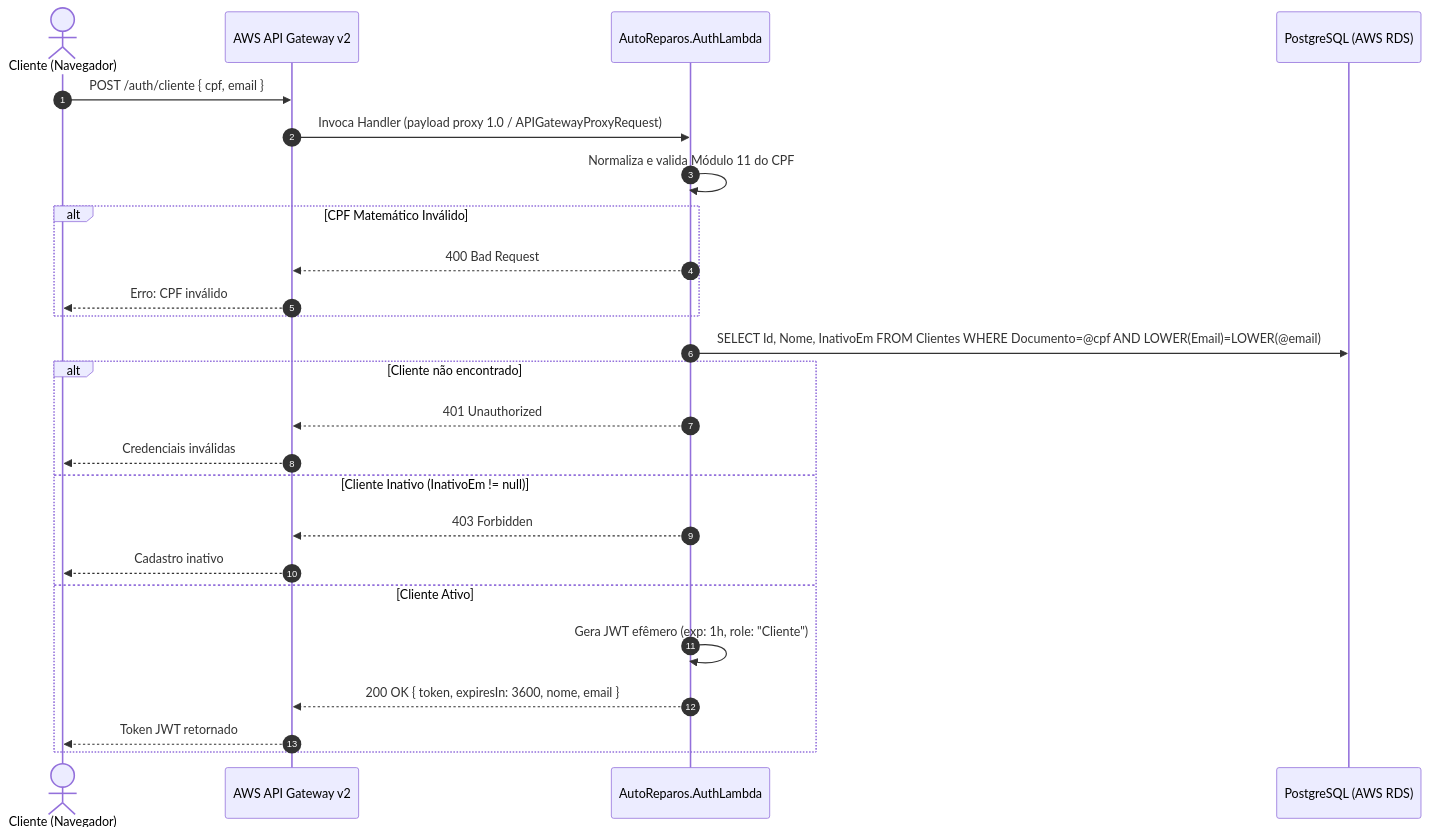
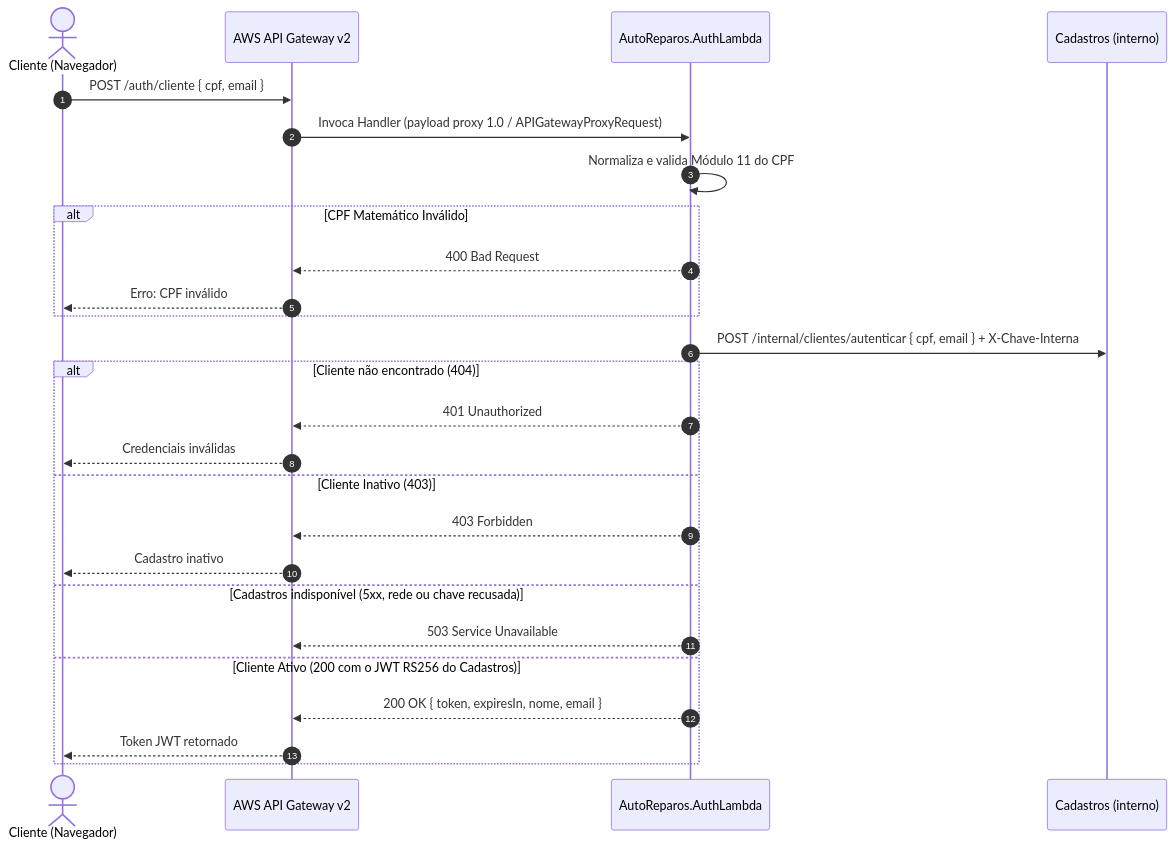
One commit to Grupo78-PosTech-15SOAT/AutoReparos.AuthLambda changed the diagram in README.md. Above: the diagram before and after it, drawn with Mermaid. The commit also changed other lines of this file and 16 other files, not shown here.

Commit message:
♻️ autentica o cliente pelo endpoint interno do cadastros, sem banco nem segredo de assinatura

````diff
--- a/README.md
+++ b/README.md
@@ -21,28 +21,29 @@
 ```mermaid
 sequenceDiagram
     autonumber
     actor Cliente as Cliente (Navegador)
     participant APIGW as AWS API Gateway v2
     participant Lambda as AutoReparos.AuthLambda
-    participant RDS as PostgreSQL (AWS RDS)
+    participant CAD as Cadastros (interno)
 
     Cliente->>APIGW: POST /auth/cliente { cpf, email }
     APIGW->>Lambda: Invoca Handler (payload proxy 1.0 / APIGatewayProxyRequest)
     Lambda->>Lambda: Normaliza e valida Módulo 11 do CPF
     alt CPF Matemático Inválido
         Lambda-->>APIGW: 400 Bad Request
         APIGW-->>Cliente: Erro: CPF inválido
     end
-    Lambda->>RDS: SELECT Id, Nome, InativoEm FROM Clientes WHERE Documento=@cpf AND LOWER(Email)=LOWER(@email)
-    alt Cliente não encontrado
+    Lambda->>CAD: POST /internal/clientes/autenticar { cpf, email } + X-Chave-Interna
+    alt Cliente não encontrado (404)
         Lambda-->>APIGW: 401 Unauthorized
         APIGW-->>Cliente: Credenciais inválidas
-    else Cliente Inativo (InativoEm != null)
+    else Cliente Inativo (403)
         Lambda-->>APIGW: 403 Forbidden
         APIGW-->>Cliente: Cadastro inativo
-    else Cliente Ativo
-        Lambda->>Lambda: Gera JWT efêmero (exp: 1h, role: "Cliente")
-        Lambda-->>APIGW: 200 OK { token, expiresIn: 3600, nome, email }
+    else Cadastros indisponível (5xx, rede ou chave recusada)
+        Lambda-->>APIGW: 503 Service Unavailable
+    else Cliente Ativo (200 com o JWT RS256 do Cadastros)
+        Lambda-->>APIGW: 200 OK { token, expiresIn, nome, email }
         APIGW-->>Cliente: Token JWT retornado
     end
 ```
````
